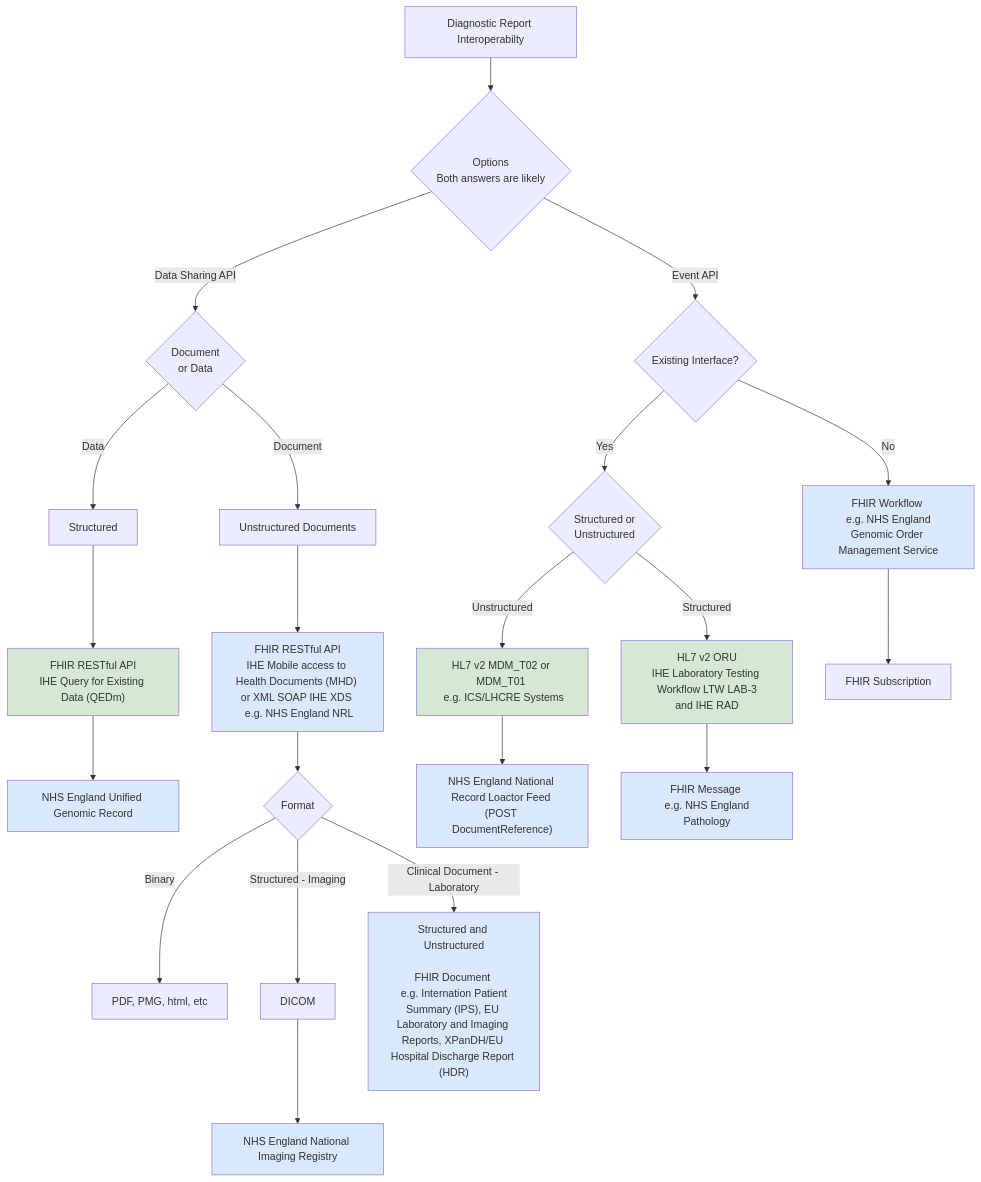
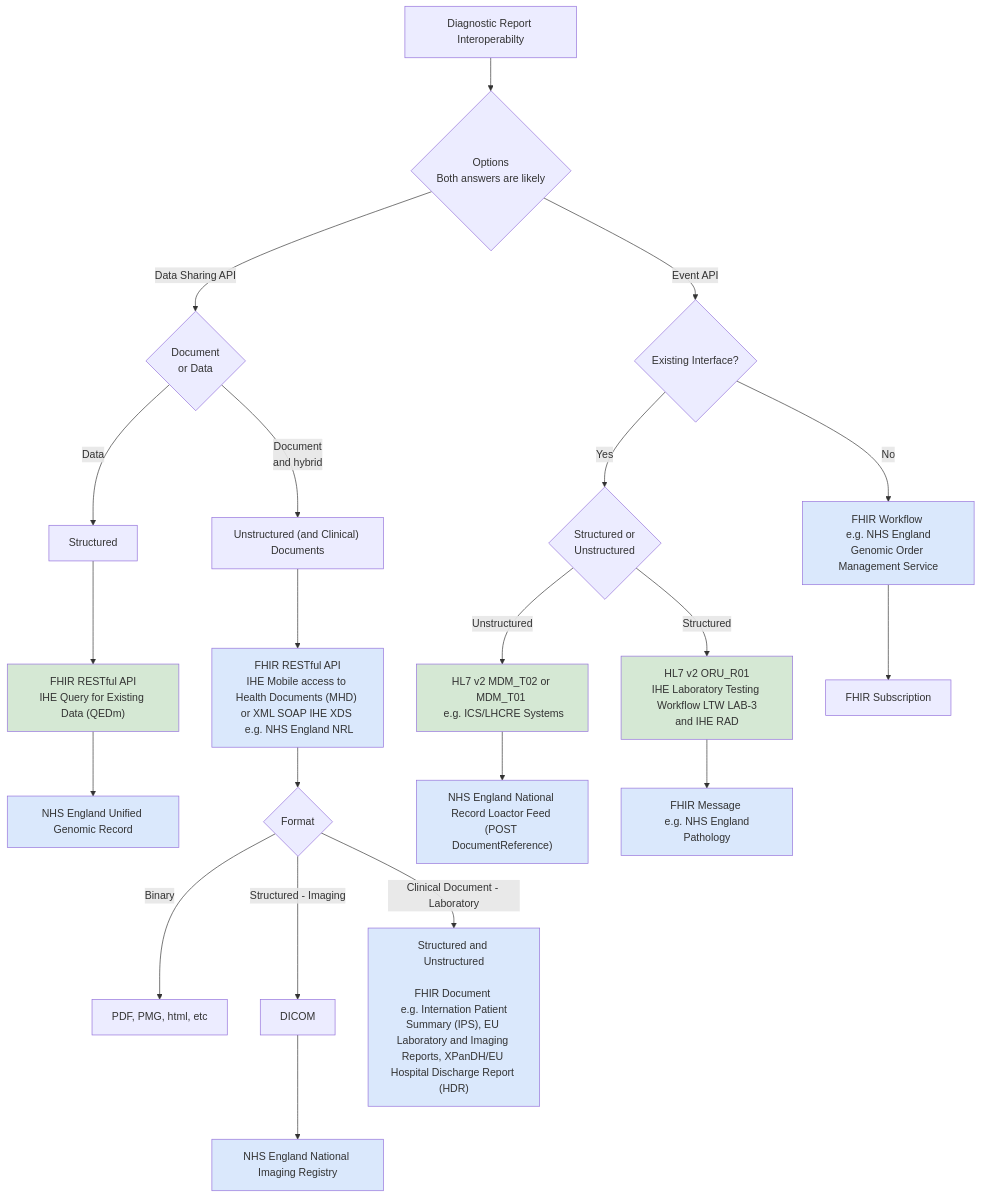
One commit to uk-gov-mirror/nw-gmsa.nw-gmsa.github.com changed the diagram in input/pagecontent/architecture.md. Above: the diagram before and after it, drawn with Mermaid.

Commit message:
Interoperability options

````diff
--- a/input/pagecontent/architecture.md
+++ b/input/pagecontent/architecture.md
@@ -26,29 +26,29 @@
 ```mermaid
 graph TD
     B[Diagnostic Report Interoperabilty] --> C{"Options <br/>Both answers are likely"}
     C -->|Event API| D{Existing Interface?}
     C -->|Data Sharing API| E{Document <br/>or Data}
     E --> |Data| Data[Structured]
-    E --> |Document| Documents[Unstructured Documents]
+    E --> |Document<br/>and hybrid| Documents["Unstructured (and Clinical) Documents"]
     Data --> REST["FHIR RESTful API<br/>IHE Query for Existing Data (QEDm)"]
     REST --> UGR[NHS England Unified Genomic Record]
     Documents --> XDS["FHIR RESTful API<br/>IHE Mobile access to Health Documents (MHD) <br/>or XML SOAP IHE XDS <br/> e.g. NHS England NRL"]
     XDS --> Format{Format}
     Format --> |Binary| Binary[PDF, PMG, html, etc]
     Format --> |Structured - Imaging| RAD[DICOM]
     Format --> |Clinical Document - Laboratory| FHIRDocument["Structured and Unstructured<br/><br/>FHIR Document <br/> e.g. Internation Patient Summary (IPS), EU Laboratory and Imaging Reports, XPanDH/EU Hospital Discharge Report (HDR)"]  
     D --> |Yes| V2{Structured or<br/>Unstructured} 
-    V2 --> |Structured| LTW[HL7 v2 ORU<br/>IHE Laboratory Testing Workflow LTW LAB-3<br/>and IHE RAD]
+    V2 --> |Structured| LTW[HL7 v2 ORU_R01<br/>IHE Laboratory Testing Workflow LTW LAB-3<br/>and IHE RAD]
     V2 --> |Unstructured| MDM[HL7 v2 MDM_T02 or MDM_T01 <br/> e.g. ICS/LHCRE Systems]
     MDM --> NRL["NHS England National Record Loactor Feed (POST DocumentReference)<br/>"]
     D --> |No| Workflow[FHIR Workflow <br/> e.g. NHS England Genomic Order Management Service]
     Workflow --> PubSub[FHIR Subscription]
     LTW --> Pathology[FHIR Message <br/> e.g. NHS England Pathology]
     RAD --> NIR[NHS England National Imaging Registry]
 
     classDef blue fill:#DAE8FC;
     classDef green fill:#D5E8D4;
 
     class Pathology,UGR,NIR,FHIRDocument,XDS,NRL,Workflow blue
     class LTW,REST,MDM green
 ```
````
